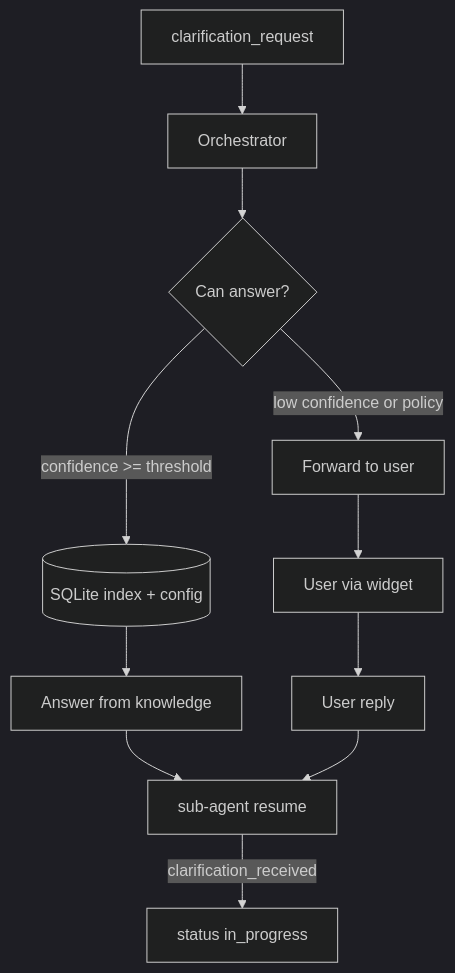
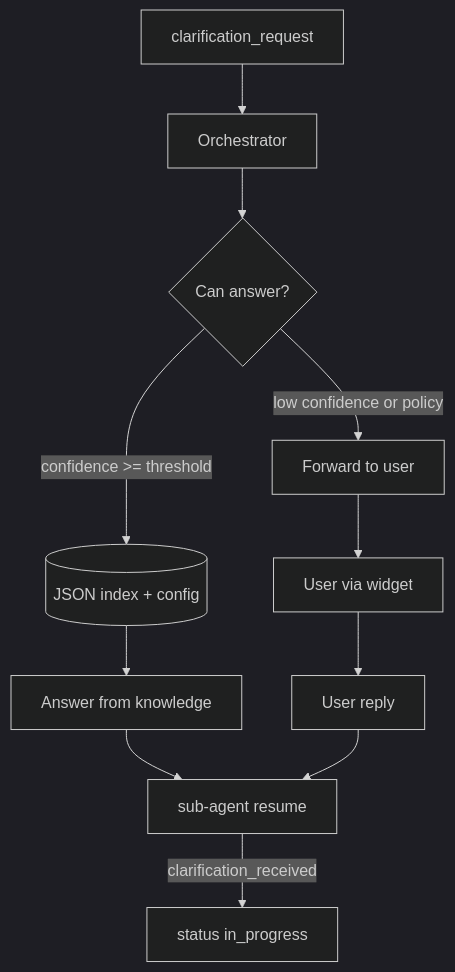
The fifth of 5 diagrams in docs/ORCHESTRATOR.md (jahrulnr/sapaloq), drawn with Mermaid (dark theme) before and after one commit. The commit also changed other lines of this file and 34 other files, not shown here.

````diff
--- a/docs/ORCHESTRATOR.md
+++ b/docs/ORCHESTRATOR.md
@@ -1059,19 +1059,19 @@
 ```mermaid
 flowchart TD
   REQ[clarification_request]
   ORCH[Orchestrator]
-  IX[(SQLite index + config)]
+  IX[(JSON index + config)]
   USER[User via widget]
   SUB[sub-agent resume]
 
   REQ --> ORCH
   ORCH --> DEC{Can answer?}
   DEC -->|confidence >= threshold| IX
   IX --> A1[Answer from knowledge]
   A1 --> SUB
   DEC -->|low confidence or policy| FWD[Forward to user]
   FWD --> USER
   USER --> A2[User reply]
   A2 --> SUB
   SUB -->|clarification_received| RESUME[status in_progress]
 ```
````
